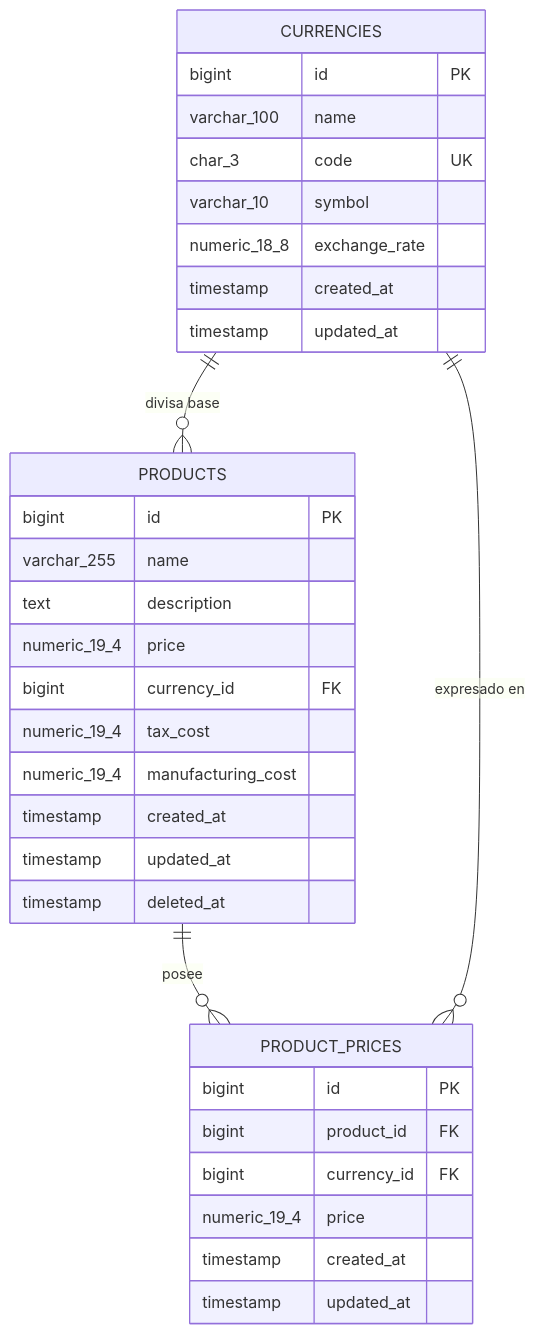
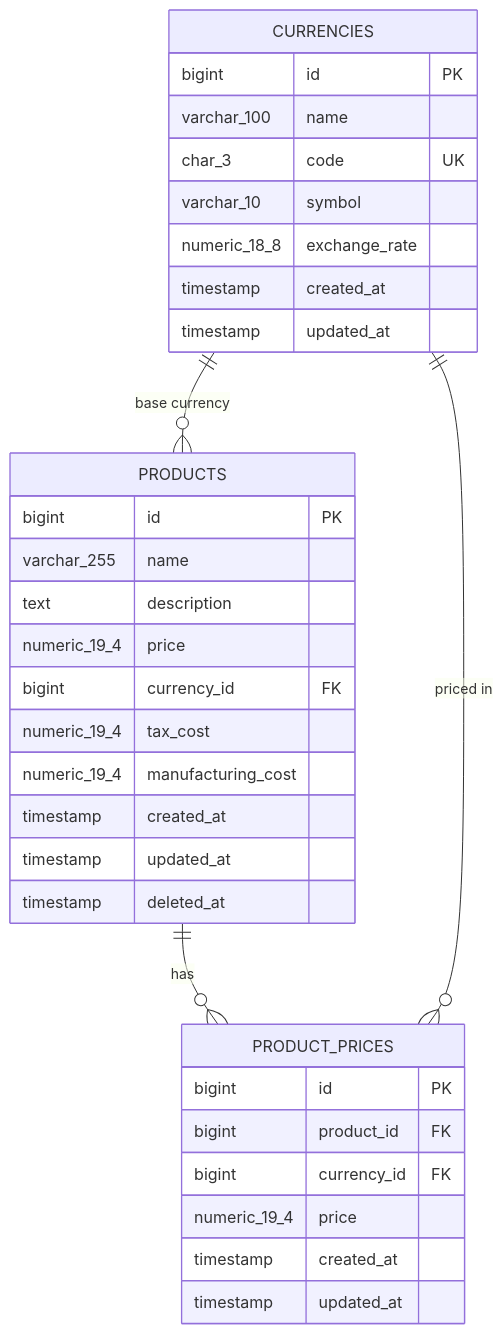
Before and after one commit to gerardorosetti/products-api: the diagram in README.md, drawn with Mermaid. The commit also changed other lines of this file and 1 other file, not shown here.

````diff
--- a/README.md
+++ b/README.md
@@ -284,38 +331,38 @@
 ```mermaid
 erDiagram
-    CURRENCIES ||--o{ PRODUCTS : "divisa base"
-    PRODUCTS ||--o{ PRODUCT_PRICES : "posee"
-    CURRENCIES ||--o{ PRODUCT_PRICES : "expresado en"
+    CURRENCIES ||--o{ PRODUCTS : "base currency"
+    PRODUCTS ||--o{ PRODUCT_PRICES : "has"
+    CURRENCIES ||--o{ PRODUCT_PRICES : "priced in"
 
     CURRENCIES {
         bigint id PK
         varchar_100 name
         char_3 code UK
         varchar_10 symbol
         numeric_18_8 exchange_rate
         timestamp created_at
         timestamp updated_at
     }
 
     PRODUCTS {
         bigint id PK
         varchar_255 name
         text description
         numeric_19_4 price
         bigint currency_id FK
         numeric_19_4 tax_cost
         numeric_19_4 manufacturing_cost
         timestamp created_at
         timestamp updated_at
         timestamp deleted_at
     }
 
     PRODUCT_PRICES {
         bigint id PK
         bigint product_id FK
         bigint currency_id FK
         numeric_19_4 price
         timestamp created_at
         timestamp updated_at
     }
 ```
````
